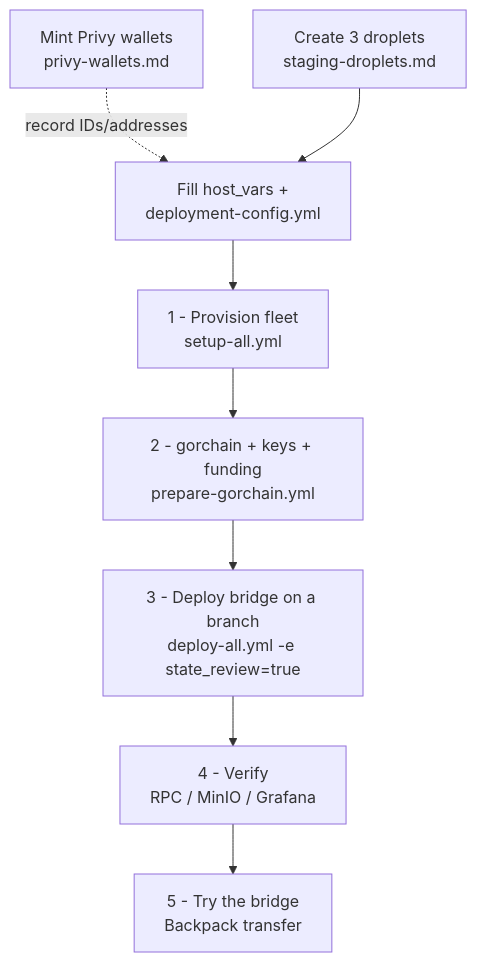
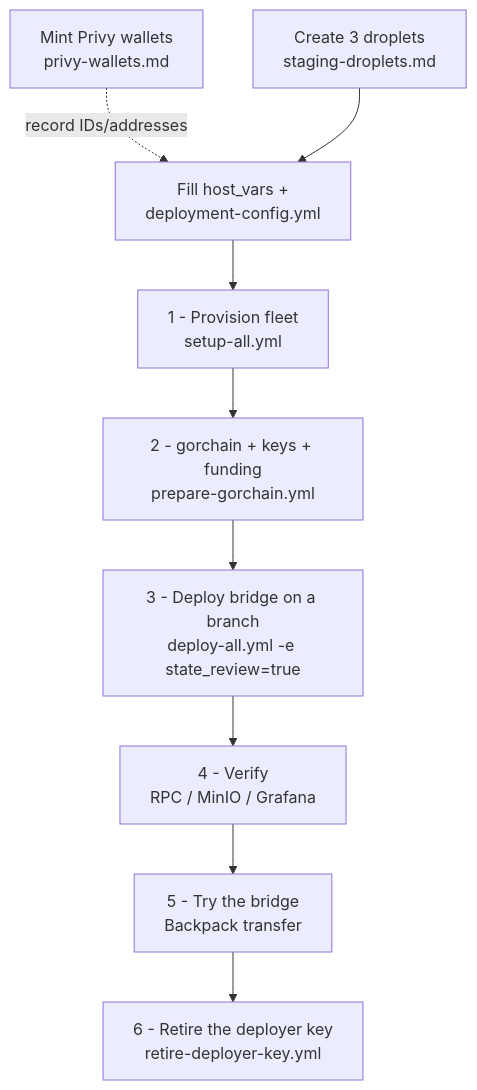
The diagram in ops/runbooks/staging.md (gorbagana-dev/hyperlane-stacks), drawn with Mermaid before and after one commit. The commit also changed other lines of this file, not shown here.

First line of the commit message:
docs(staging): services table, retire step, reset warning, restart usage

````diff
--- a/ops/runbooks/staging.md
+++ b/ops/runbooks/staging.md
@@ -19,10 +19,11 @@
 ```mermaid
 flowchart TD
     P[Mint Privy wallets<br/>privy-wallets.md] -. record IDs/addresses .-> CFG
     VM[Create 3 droplets<br/>staging-droplets.md] --> CFG[Fill host_vars +<br/>deployment-config.yml]
     CFG --> S1[1 - Provision fleet<br/>setup-all.yml]
     S1 --> S2[2 - gorchain + keys + funding<br/>prepare-gorchain.yml]
     S2 --> S3[3 - Deploy bridge on a branch<br/>deploy-all.yml -e state_review=true]
     S3 --> S4[4 - Verify<br/>RPC / MinIO / Grafana]
     S4 --> S5[5 - Try the bridge<br/>Backpack transfer]
+    S5 --> S6[6 - Retire the deployer key<br/>retire-deployer-key.yml]
 ```
````
